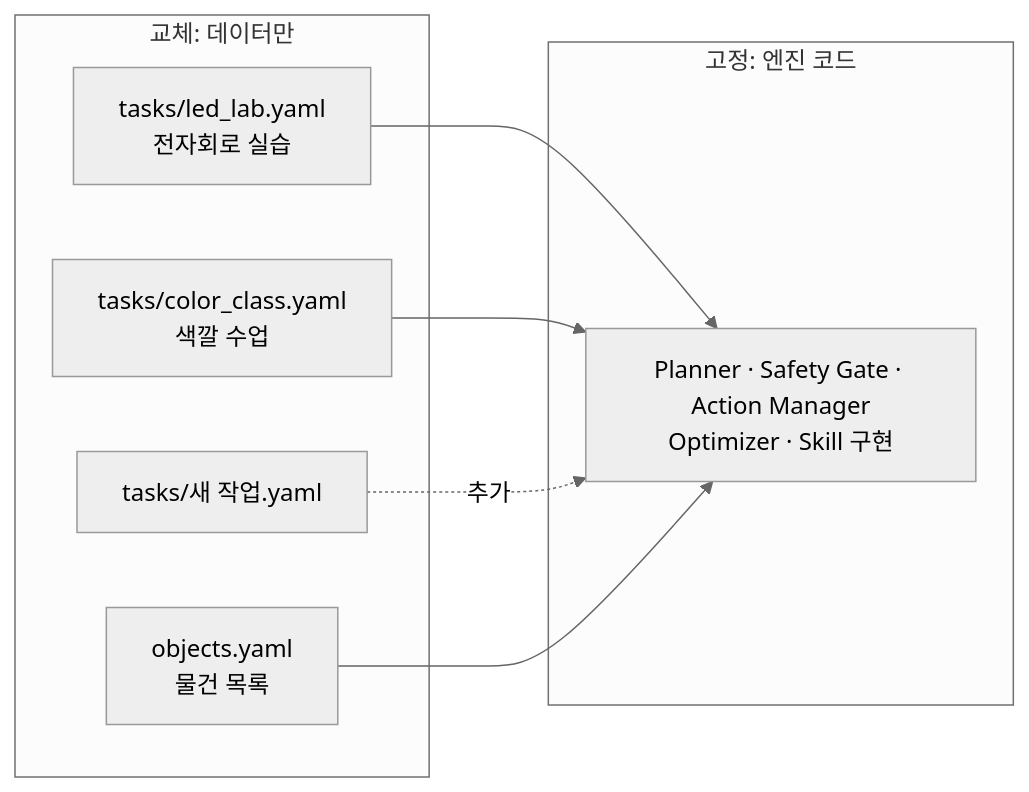
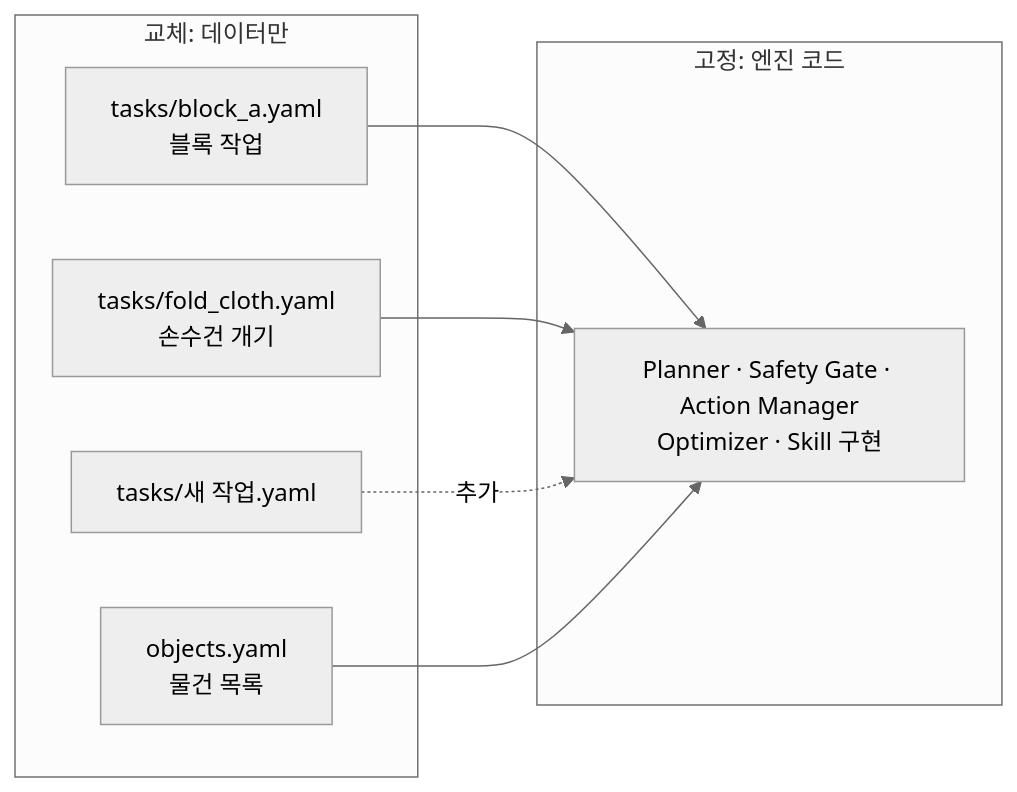
One commit to Gansoolgo/Thursday changed the seventh of 7 diagrams in docs/architecture.md. Above: the diagram before and after it, drawn with Mermaid (neutral theme). The commit also changed other lines of this file and 12 other files, not shown here.

````diff
--- a/docs/architecture.md
+++ b/docs/architecture.md
@@ -329,16 +336,16 @@
 ```mermaid
 flowchart LR
     subgraph Fixed[고정: 엔진 코드]
         E[Planner · Safety Gate · Action Manager<br/>Optimizer · Skill 구현]
     end
     subgraph Swap[교체: 데이터만]
-        T1[tasks/led_lab.yaml<br/>전자회로 실습]
-        T2[tasks/color_class.yaml<br/>색깔 수업]
+        T1[tasks/block_a.yaml<br/>블록 작업]
+        T2[tasks/fold_cloth.yaml<br/>손수건 개기]
         T3[tasks/새 작업.yaml]
         OBJ[objects.yaml<br/>물건 목록]
     end
     T1 --> E
     T2 --> E
     T3 -.추가.-> E
     OBJ --> E
 ```
````
